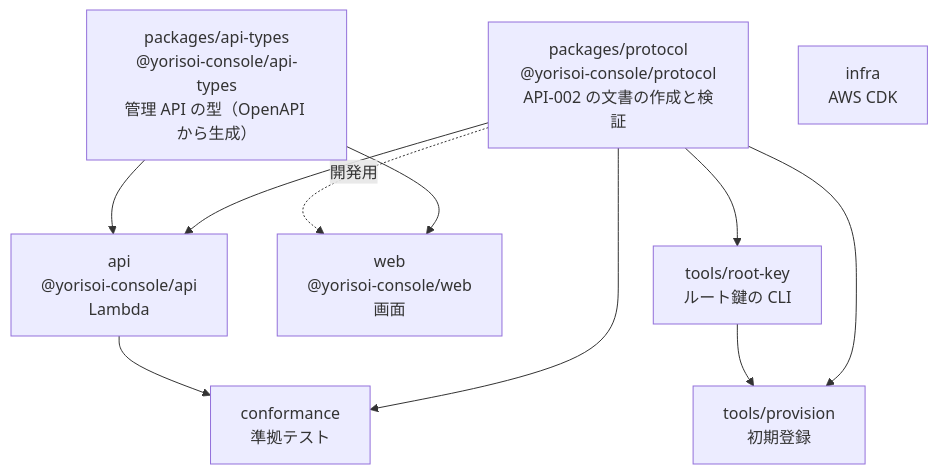
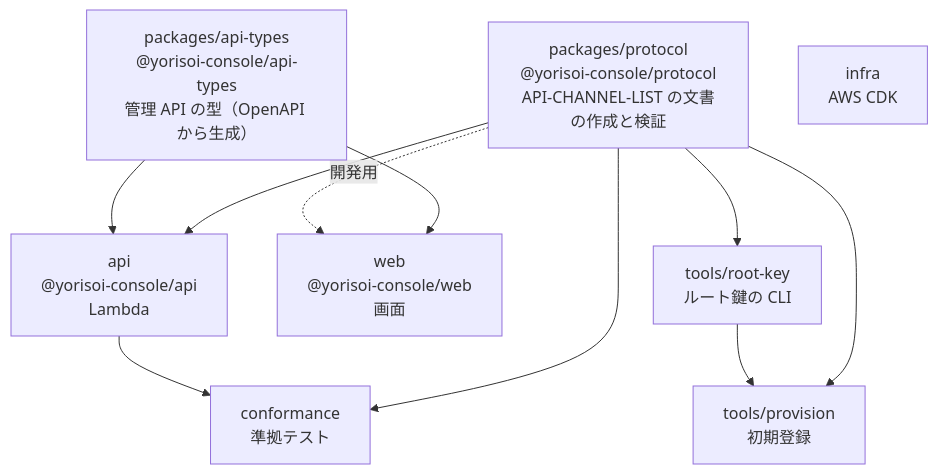
One commit to duwenji/yorisoi-tutorial changed the diagram in 07-typescript/02-workspaces.md. Above: the diagram before and after it, drawn with Mermaid. The commit also changed 32 other files, not shown here.

````diff
--- a/07-typescript/02-workspaces.md
+++ b/07-typescript/02-workspaces.md
@@ -19,20 +19,20 @@
 ```mermaid
 flowchart TB
-    PROTO["packages/protocol<br/>@yorisoi-console/protocol<br/>API-002 の文書の作成と検証"]
+    PROTO["packages/protocol<br/>@yorisoi-console/protocol<br/>API-CHANNEL-LIST の文書の作成と検証"]
     TYPES["packages/api-types<br/>@yorisoi-console/api-types<br/>管理 API の型（OpenAPI から生成）"]
     API["api<br/>@yorisoi-console/api<br/>Lambda"]
     WEB["web<br/>@yorisoi-console/web<br/>画面"]
     CONF["conformance<br/>準拠テスト"]
     RK["tools/root-key<br/>ルート鍵の CLI"]
     PROV["tools/provision<br/>初期登録"]
     INFRA["infra<br/>AWS CDK"]
     PROTO --> API
     TYPES --> API
     TYPES --> WEB
     PROTO --> CONF
     API --> CONF
     PROTO --> RK
     PROTO --> PROV
     RK --> PROV
     PROTO -. 開発用 .-> WEB
 ```
````
